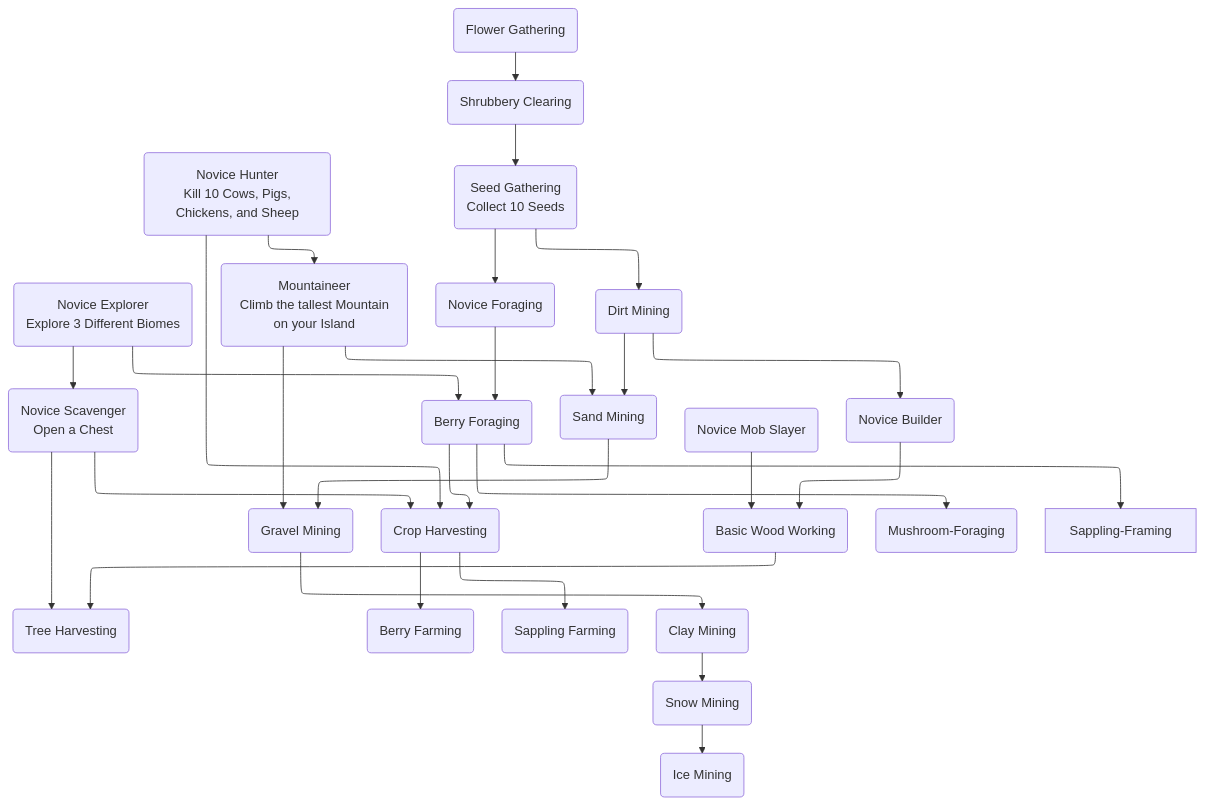
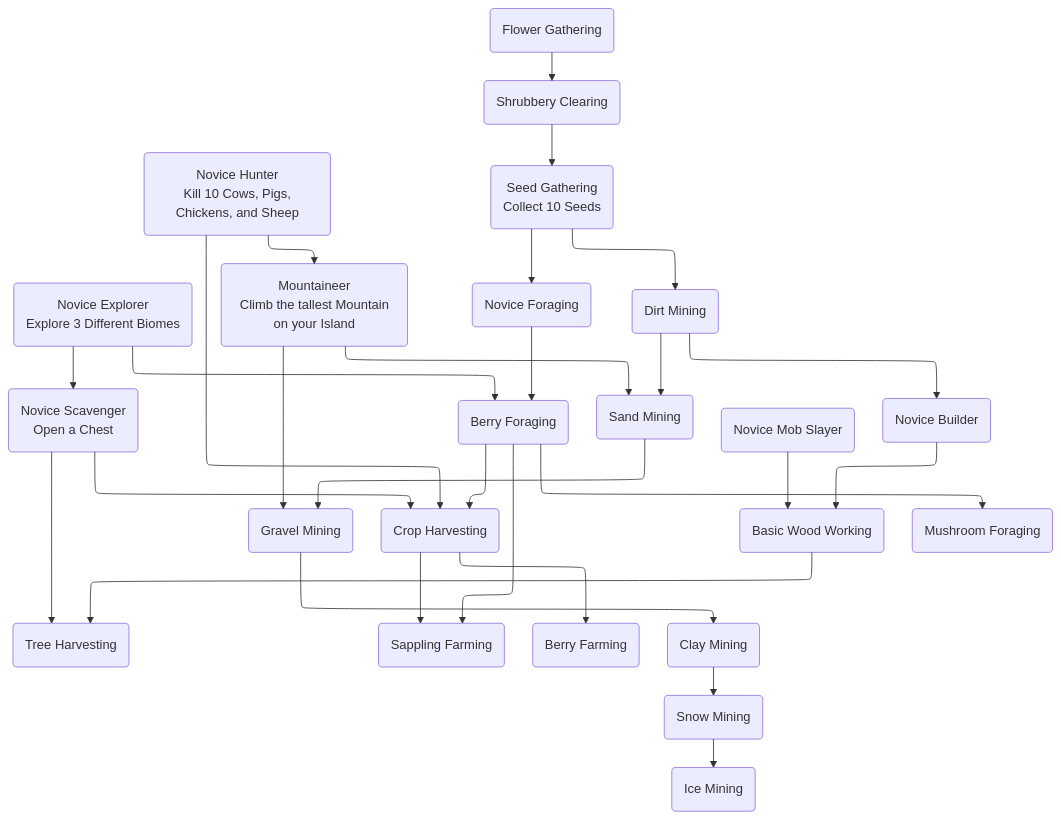
The diagram in Design-Documents/Advancement-Tree.md (PolarisVoid/The-Voyage), drawn with Mermaid before and after one commit.

````diff
--- a/Design-Documents/Advancement-Tree.md
+++ b/Design-Documents/Advancement-Tree.md
@@ -1,77 +1,77 @@
 ```mermaid
 %%{init: {"flowchart": {"defaultRenderer": "elk"}} }%%
 flowchart TD
   
   Novice-Explorer(Novice Explorer\n Explore 3 Different Biomes)
   Novice-Explorer-->Novice-Scavenger & Berry-Foraging
   
   Mountaineer(Mountaineer\n Climb the tallest Mountain on your Island)
   Mountaineer-->Sand-Mining & Gravel-Mining
   
   Novice-Scavenger(Novice Scavenger\n Open a Chest)
   Novice-Scavenger-->Crop-Harvesting & Tree-Harvesting
   
 
 
 
   Novice-Hunter(Novice Hunter\n Kill 10 Cows, Pigs, Chickens, and Sheep)
   Novice-Hunter-->Mountaineer & Crop-Harvesting
   
   Novice-Mob-Slayer(Novice Mob Slayer)
   Novice-Mob-Slayer-->Basic-Wood-Working
 
 
 
   Novice-Builder(Novice Builder)
   Novice-Builder-->Basic-Wood-Working
   Basic-Wood-Working(Basic Wood Working)
 
 
 
   Flower-Gathering(Flower Gathering\n)
   Flower-Gathering-->Shrubbery-Clearing
   
   Shrubbery-Clearing(Shrubbery Clearing\n)
   Shrubbery-Clearing-->Seed-Gathering
   
   Seed-Gathering(Seed Gathering\n Collect 10 Seeds)
   Seed-Gathering-->Novice-Foraging & Dirt-Mining
   
   Novice-Foraging(Novice Foraging\n)
   Novice-Foraging-->Berry-Foraging  
   
   Berry-Foraging(Berry Foraging\n)
-  Berry-Foraging-->Crop-Harvesting & Mushroom-Foraging & Sappling-Framing
+  Berry-Foraging-->Crop-Harvesting & Mushroom-Foraging & Sappling-Farming
   
   Crop-Harvesting(Crop Harvesting\n)
   Crop-Harvesting-->Berry-Farming & Sappling-Farming
   
-  Mushroom-Foraging(Mushroom-Foraging\n)
+  Mushroom-Foraging(Mushroom Foraging\n)
 
 
 
   Berry-Farming(Berry Farming)
   
   Sappling-Farming(Sappling Farming\n)
 
 
 
   Dirt-Mining(Dirt Mining\n)
   Dirt-Mining-->Sand-Mining & Novice-Builder
   
   Sand-Mining(Sand Mining\n)
   Sand-Mining-->Gravel-Mining
   
   Gravel-Mining(Gravel Mining\n)
   Gravel-Mining-->Clay-Mining
   
   Clay-Mining(Clay Mining\n)
   Clay-Mining-->Snow-Mining
   
   Snow-Mining(Snow Mining\n)
   Snow-Mining-->Ice-Mining
   Ice-Mining(Ice Mining\n)
   
   Tree-Harvesting(Tree Harvesting)
   Basic-Wood-Working-->Tree-Harvesting
 ```
````
